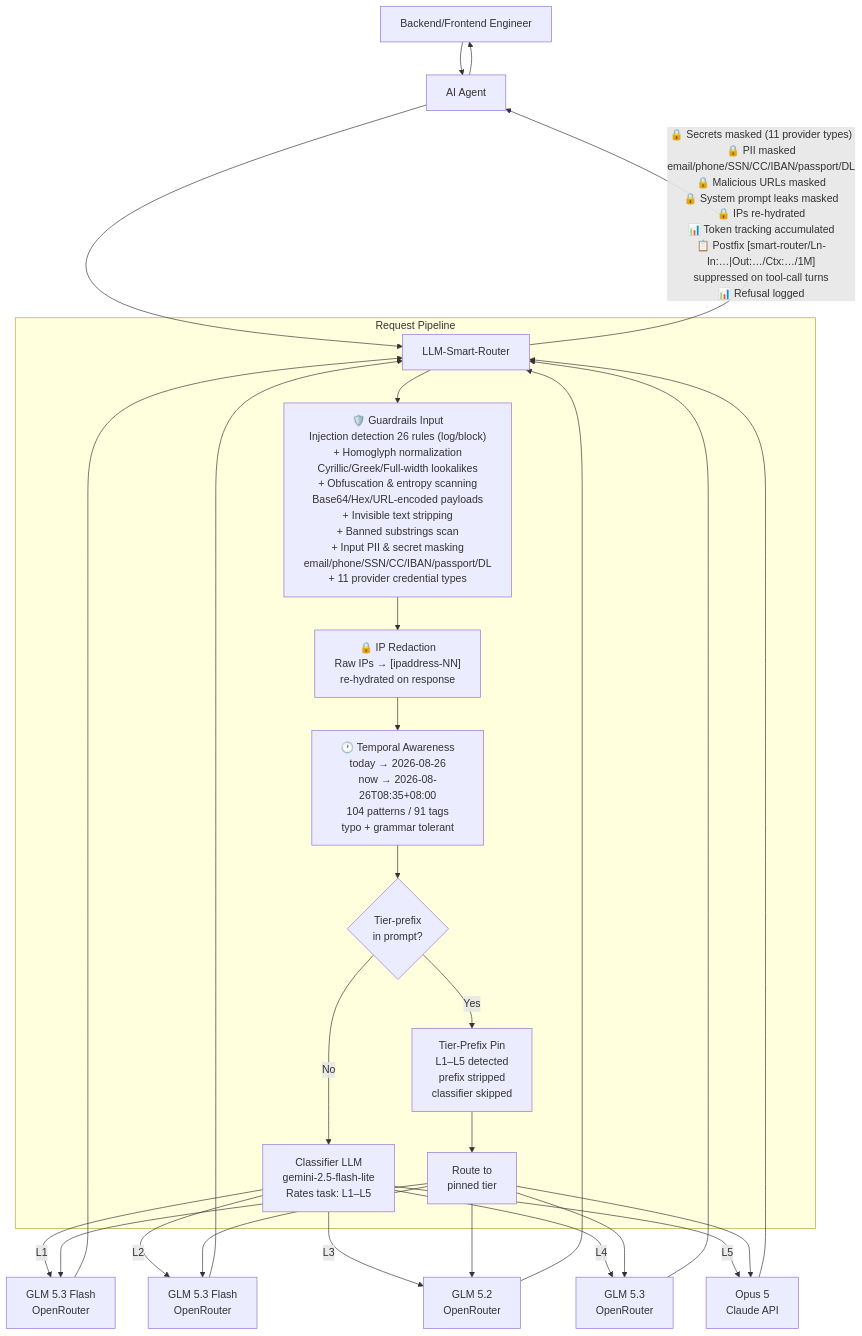
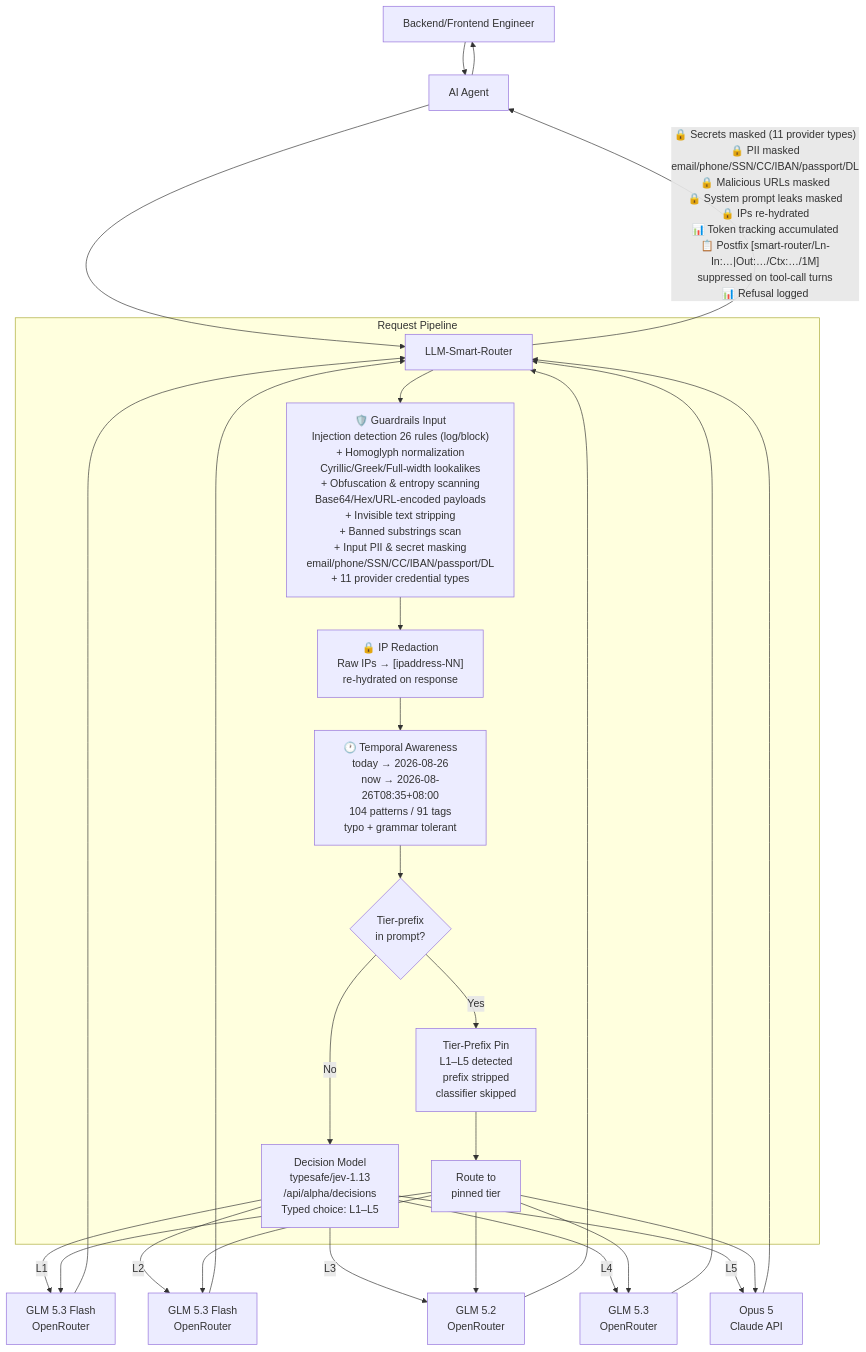
The diagram in README.md (Green-Needle-Tech/llm-smart-router), drawn with Mermaid before and after one commit. The commit also changed other lines of this file and 1 other file, not shown here.

First line of the commit message:
docs: README reflects jev-1.13 decisions classifier; ship jev in default settings

````diff
--- a/README.md
+++ b/README.md
@@ -274,35 +276,35 @@
 ```mermaid
 flowchart TD
     A[Backend/Frontend Engineer] --> B[AI Agent]
     B --> C[LLM-Smart-Router]
 
     subgraph Router [Request Pipeline]
         C --> P1["🛡️ Guardrails Input<br/>Injection detection 26 rules (log/block)<br/>+ Homoglyph normalization<br/>Cyrillic/Greek/Full-width lookalikes<br/>+ Obfuscation & entropy scanning<br/>Base64/Hex/URL-encoded payloads<br/>+ Invisible text stripping<br/>+ Banned substrings scan<br/>+ Input PII & secret masking<br/>email/phone/SSN/CC/IBAN/passport/DL<br/>+ 11 provider credential types"]
         P1 --> P2["🔒 IP Redaction<br/>Raw IPs → [ipaddress-NN]<br/>re-hydrated on response"]
         P2 --> P2T["🕐 Temporal Awareness<br/>today → 2026-08-26<br/>now → 2026-08-26T08:35+08:00<br/>104 patterns / 91 tags<br/>typo + grammar tolerant"]
         P2T --> TP{"Tier-prefix<br/>in prompt?"}
         TP -->|Yes| TP2["Tier-Prefix Pin<br/>L1–L5 detected<br/>prefix stripped<br/>classifier skipped"]
-        TP -->|No| D["Classifier LLM<br/>gemini-2.5-flash-lite<br/>Rates task: L1–L5"]
+        TP -->|No| D["Decision Model<br/>typesafe/jev-1.13<br/>/api/alpha/decisions<br/>Typed choice: L1–L5"]
         TP2 --> D2["Route to<br/>pinned tier"]
     end
 
     D -->|L1| E[GLM 5.3 Flash<br/>OpenRouter]
     D -->|L2| F[GLM 5.3 Flash<br/>OpenRouter]
     D -->|L3| F2[GLM 5.2<br/>OpenRouter]
     D -->|L4| F3[GLM 5.3<br/>OpenRouter]
     D -->|L5| H[Opus 5<br/>Claude API]
     D2 --> E
     D2 --> F
     D2 --> F2
     D2 --> F3
     D2 --> H
 
     E --> C
     F --> C
     F2 --> C
     F3 --> C
     H --> C
 
     C -->|"🔒 Secrets masked (11 provider types)<br/>🔒 PII masked<br/>email/phone/SSN/CC/IBAN/passport/DL<br/>🔒 Malicious URLs masked<br/>🔒 System prompt leaks masked<br/>🔒 IPs re-hydrated<br/>📊 Token tracking accumulated<br/>📋 Postfix [smart-router/Ln-In:…|Out:…/Ctx:…/1M]<br/>suppressed on tool-call turns<br/>📊 Refusal logged"| B
     B --> A
 ```
````
